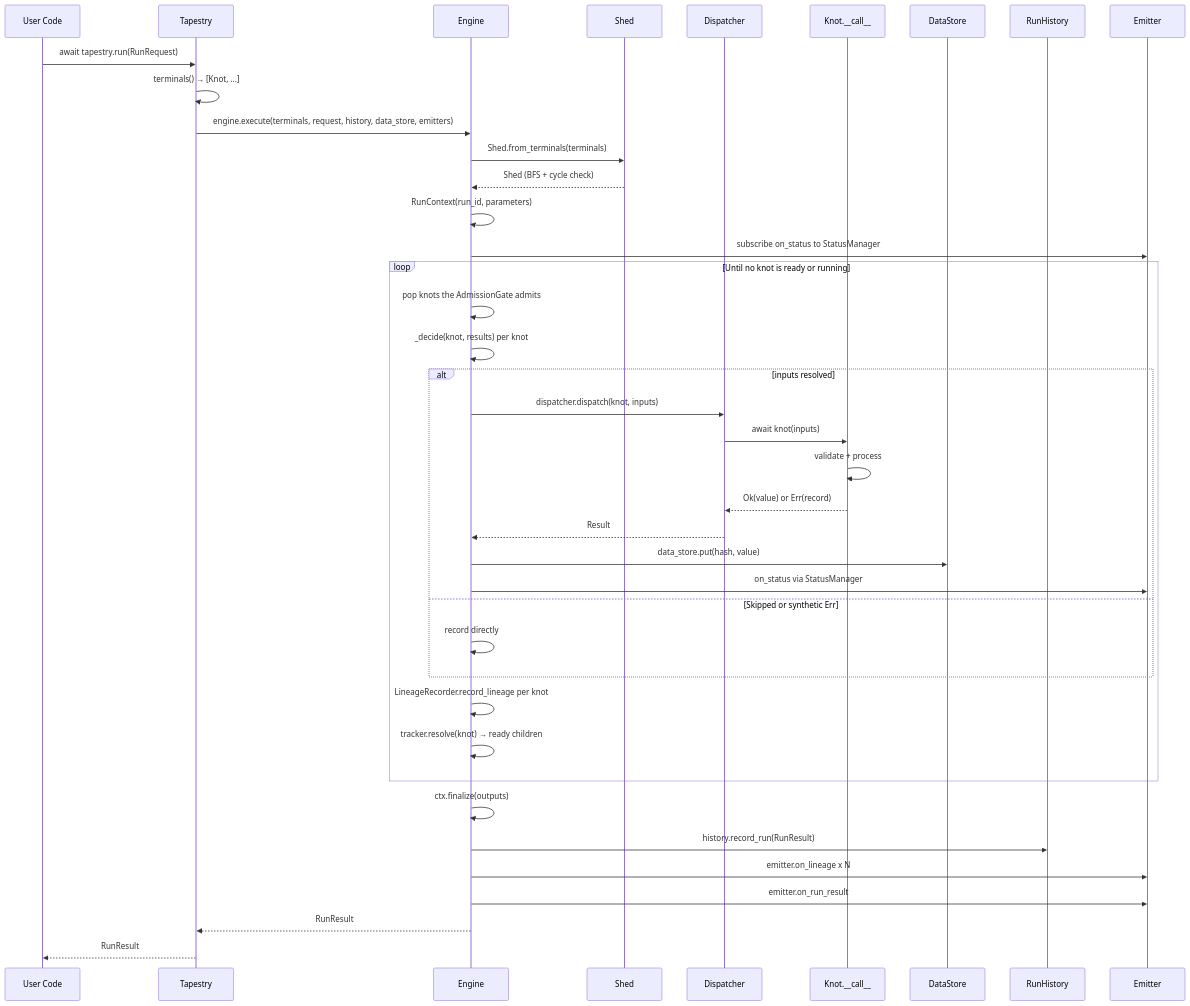
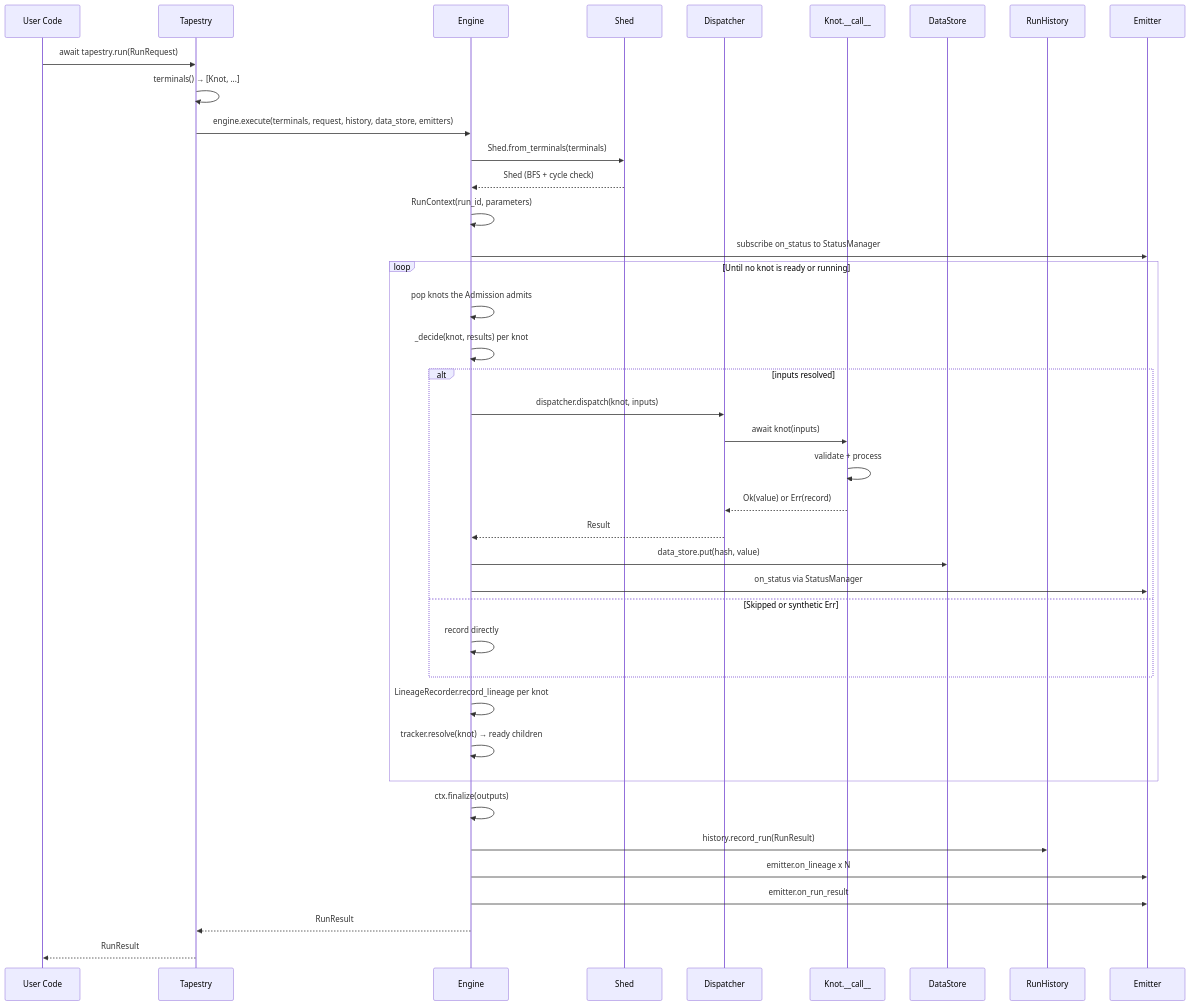
One commit to snoodleboot-io/pirn changed the first of 2 diagrams in docs/architecture/execution-model.md. Above: the diagram before and after it, drawn with Mermaid. The commit also changed other lines of this file and 775 other files, not shown here.

````diff
--- a/docs/architecture/execution-model.md
+++ b/docs/architecture/execution-model.md
@@ -238,45 +238,45 @@
 ```mermaid
 sequenceDiagram
     participant U as User Code
     participant T as Tapestry
     participant E as Engine
     participant S as Shed
     participant D as Dispatcher
     participant K as Knot.__call__
     participant DS as DataStore
     participant H as RunHistory
     participant EM as Emitter
 
     U->>T: await tapestry.run(RunRequest)
     T->>T: terminals() → [Knot, ...]
     T->>E: engine.execute(terminals, request, history, data_store, emitters)
     E->>S: Shed.from_terminals(terminals)
     S-->>E: Shed (BFS + cycle check)
     E->>E: RunContext(run_id, parameters)
     E->>EM: subscribe on_status to StatusManager
 
     loop Until no knot is ready or running
-        E->>E: pop knots the AdmissionGate admits
+        E->>E: pop knots the Admission admits
         E->>E: _decide(knot, results) per knot
         alt inputs resolved
             E->>D: dispatcher.dispatch(knot, inputs)
             D->>K: await knot(inputs)
             K->>K: validate + process
             K-->>D: Ok(value) or Err(record)
             D-->>E: Result
             E->>DS: data_store.put(hash, value)
             E->>EM: on_status via StatusManager
         else Skipped or synthetic Err
             E->>E: record directly
         end
         E->>E: LineageRecorder.record_lineage per knot
         E->>E: tracker.resolve(knot) → ready children
     end
 
     E->>E: ctx.finalize(outputs)
     E->>H: history.record_run(RunResult)
     E->>EM: emitter.on_lineage x N
     E->>EM: emitter.on_run_result
     E-->>T: RunResult
     T-->>U: RunResult
 ```
````
